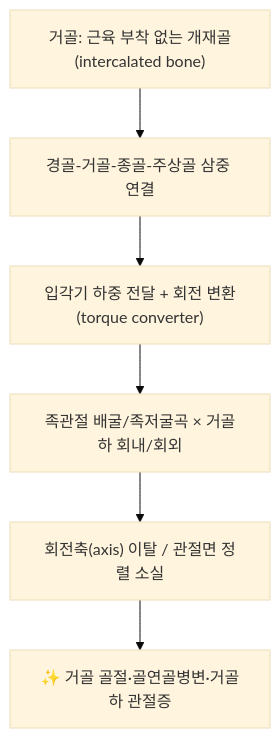
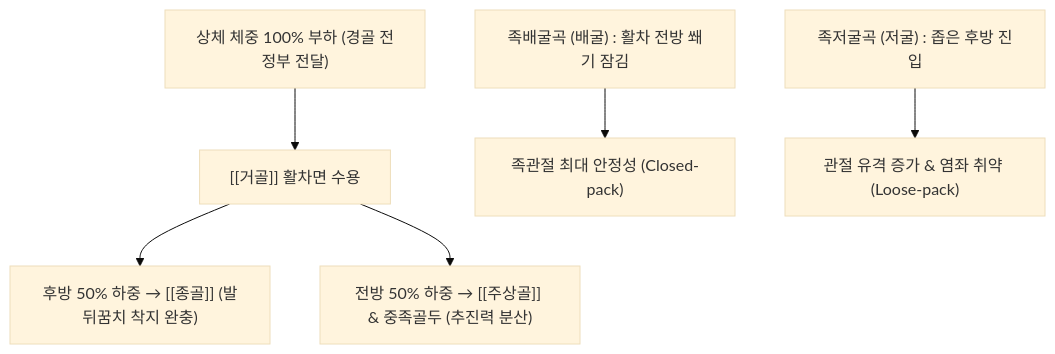
One commit to simbio11/simbio-digital-garden2 changed the second of 2 diagrams in content/1. 근골격계 공부/골격/07_족부/거골.md. Above: the diagram before and after it, drawn with Mermaid (base theme). The commit also changed other lines of this file and 149 other files, not shown here.

````diff
--- a/content/1. 근골격계 공부/골격/07_족부/거골.md
+++ b/content/1. 근골격계 공부/골격/07_족부/거골.md
@@ -72,8 +77,8 @@
 ```mermaid
 graph TD
-    骨["거골: 근육 부착 없는 개재골(intercalated bone)"] --> 連結["경골-거골-종골-주상골 삼중 연결"]
-    連結 --> 傳達["입각기 하중 전달 + 회전 변환(torque converter)"]
-    傳達 --> 中心["족관절 배굴/족저굴곡 × 거골하 회내/회외"]
-    中心 --> 逸脫["회전축(axis) 이탈 / 관절면 정렬 소실"]
-    逸脫 --> 損傷["✨ 거골 골절·골연골병변·거골하 관절증"]
+    AxialLoad["상체 체중 100% 부하 (경골 전정부 전달)"] --> TalusTrochlea["[[거골]] 활차면 수용"]
+    TalusTrochlea --> Posterior50["후방 50% 하중 → [[종골]] (발뒤꿈치 착지 완충)"]
+    TalusTrochlea --> Anterior50["전방 50% 하중 → [[주상골]] & 중족골두 (추진력 분산)"]
+    DorsiflexWedge["족배굴곡 (배굴) : 활차 전방 쐐기 잠김"] --> MaxStability["족관절 최대 안정성 (Closed-pack)"]
+    PlantarflexLoosen["족저굴곡 (저굴) : 좁은 후방 진입"] --> AnkleWobble["관절 유격 증가 & 염좌 취약 (Loose-pack)"]
 ```
````
